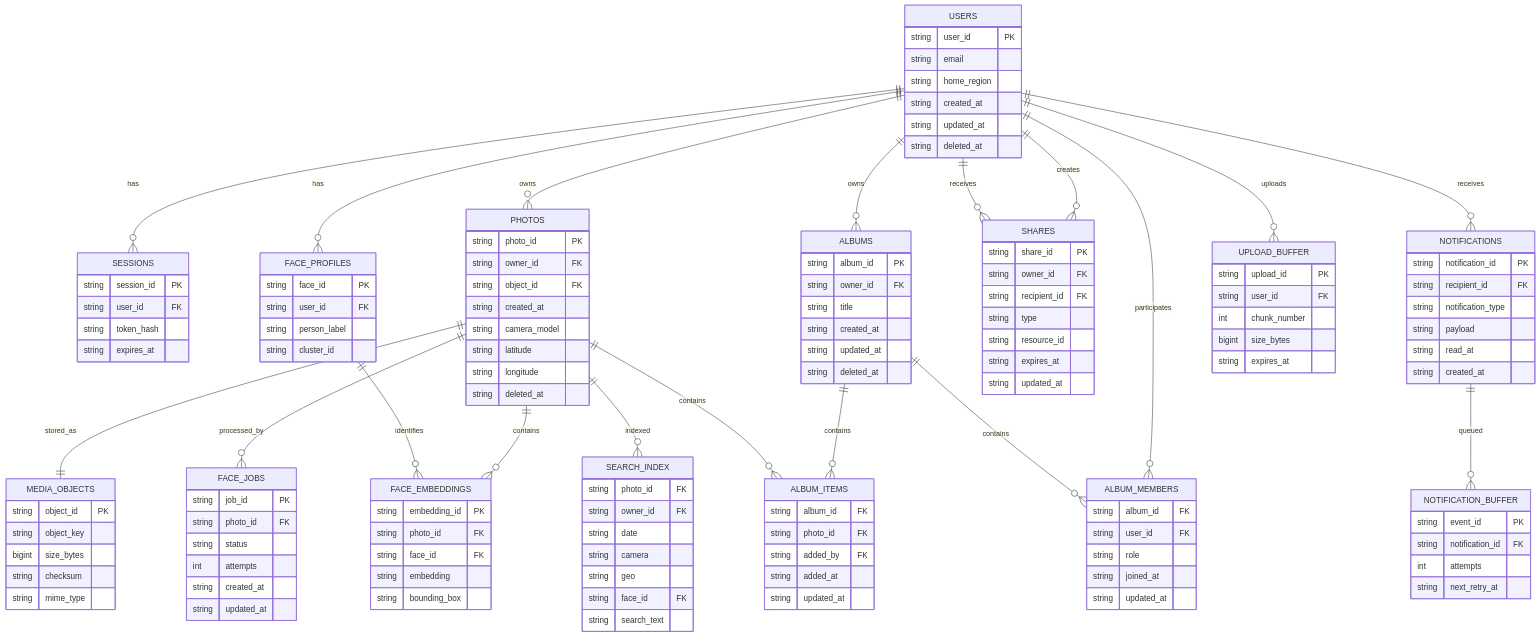
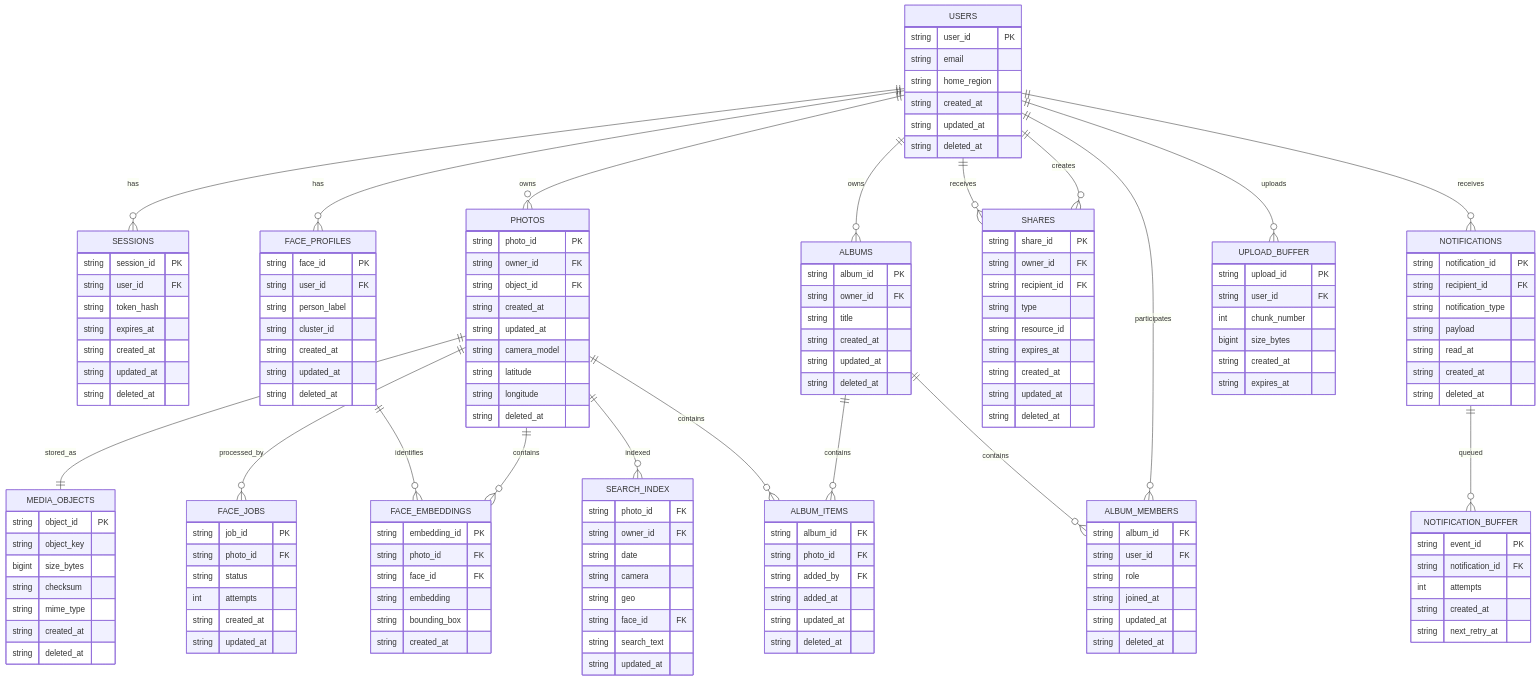
The fifth of 6 diagrams in README.md (SharkyJunior/VK-Highload-Coursework), drawn with Mermaid before and after one commit. The commit also changed other lines of this file, not shown here.

````diff
--- a/README.md
+++ b/README.md
@@ -624,6 +626,9 @@
         string user_id FK
         string token_hash
         string expires_at
+        string created_at
+        string updated_at
+        string deleted_at
     }
 
     PHOTOS {
@@ -631,6 +636,7 @@
         string owner_id FK
         string object_id FK
         string created_at
+        string updated_at
         string camera_model
         string latitude
         string longitude
@@ -643,6 +649,8 @@
         bigint size_bytes
         string checksum
         string mime_type
+        string created_at
+        string deleted_at
     }
 
     FACE_PROFILES {
@@ -650,6 +658,9 @@
         string user_id FK
         string person_label
         string cluster_id
+        string created_at
+        string updated_at
+        string deleted_at
     }
 
     FACE_EMBEDDINGS {
@@ -658,6 +669,7 @@
         string face_id FK
         string embedding
         string bounding_box
+        string created_at
     }
 
     FACE_JOBS {
@@ -684,6 +696,7 @@
         string role
         string joined_at
         string updated_at
+        string deleted_at
     }
 
     ALBUM_ITEMS {
@@ -692,6 +705,7 @@
         string added_by FK
         string added_at
         string updated_at
+        string deleted_at
     }
 
     SHARES {
@@ -701,7 +715,9 @@
         string type
         string resource_id
         string expires_at
+        string created_at
         string updated_at
+        string deleted_at
     }
 
     NOTIFICATIONS {
@@ -711,6 +727,7 @@
         string payload
         string read_at
         string created_at
+        string deleted_at
     }
 
     SEARCH_INDEX {
@@ -721,6 +738,7 @@
         string geo
         string face_id FK
         string search_text
+        string updated_at
     }
 
     UPLOAD_BUFFER {
@@ -728,6 +746,7 @@
         string user_id FK
         int chunk_number
         bigint size_bytes
+        string created_at
         string expires_at
     }
 
@@ -735,6 +754,7 @@
         string event_id PK
         string notification_id FK
         int attempts
+        string created_at
         string next_retry_at
     }
 ```
````
